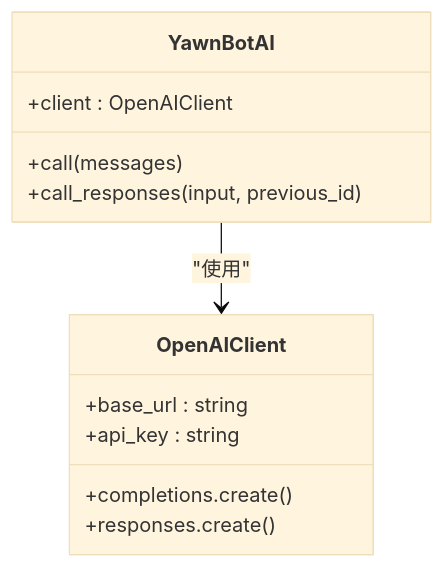
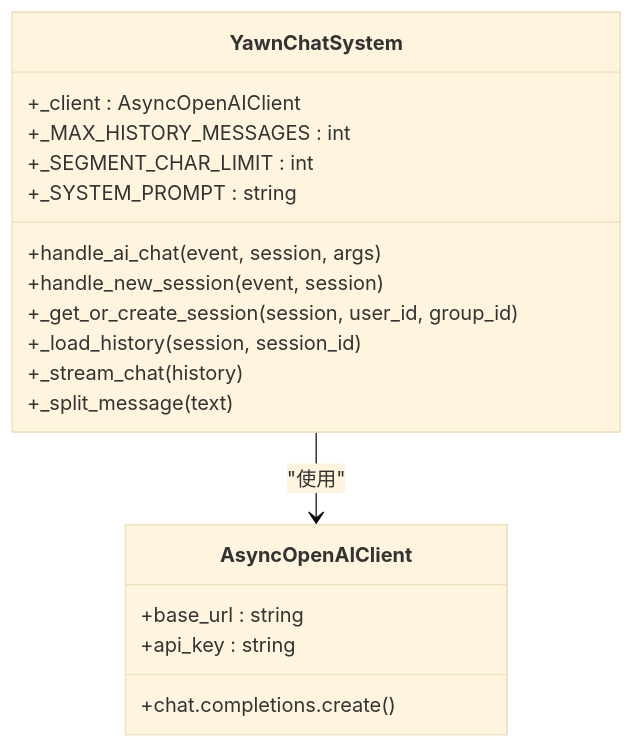
One commit to Wohaokunr/yawn_bot changed the third of 6 diagrams in .qoder/repowiki/zh/content/核心功能模块/AI功能集成.md. Above: the diagram before and after it, drawn with Mermaid (base theme). The commit also changed other lines of this file and 28 other files, not shown here.

````diff
--- a/.qoder/repowiki/zh/content/核心功能模块/AI功能集成.md
+++ b/.qoder/repowiki/zh/content/核心功能模块/AI功能集成.md
@@ -140,15 +172,21 @@
 ```mermaid
 classDiagram
-class OpenAIClient {
+class AsyncOpenAIClient {
 +base_url : string
 +api_key : string
-+completions.create()
-+responses.create()
++chat.completions.create()
 }
-class YawnBotAI {
-+client : OpenAIClient
-+call(messages)
-+call_responses(input, previous_id)
+class YawnChatSystem {
++_client : AsyncOpenAIClient
++_MAX_HISTORY_MESSAGES : int
++_SEGMENT_CHAR_LIMIT : int
++_SYSTEM_PROMPT : string
++handle_ai_chat(event, session, args)
++handle_new_session(event, session)
++_get_or_create_session(session, user_id, group_id)
++_load_history(session, session_id)
++_stream_chat(history)
++_split_message(text)
 }
-YawnBotAI --> OpenAIClient : "使用"
+YawnChatSystem --> AsyncOpenAIClient : "使用"
 ```
````
